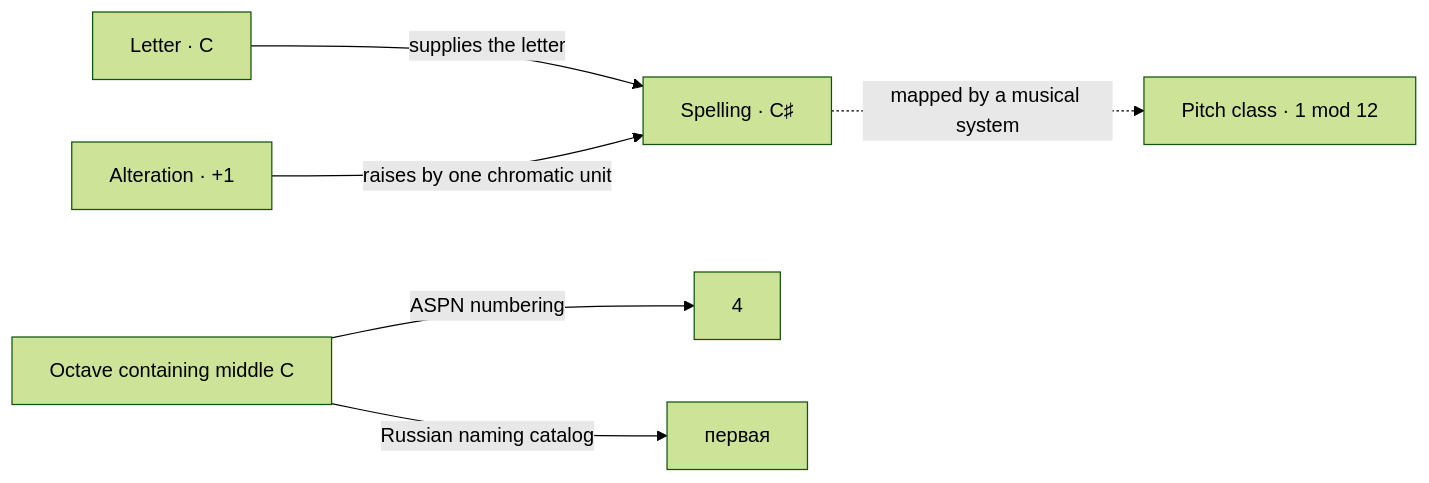
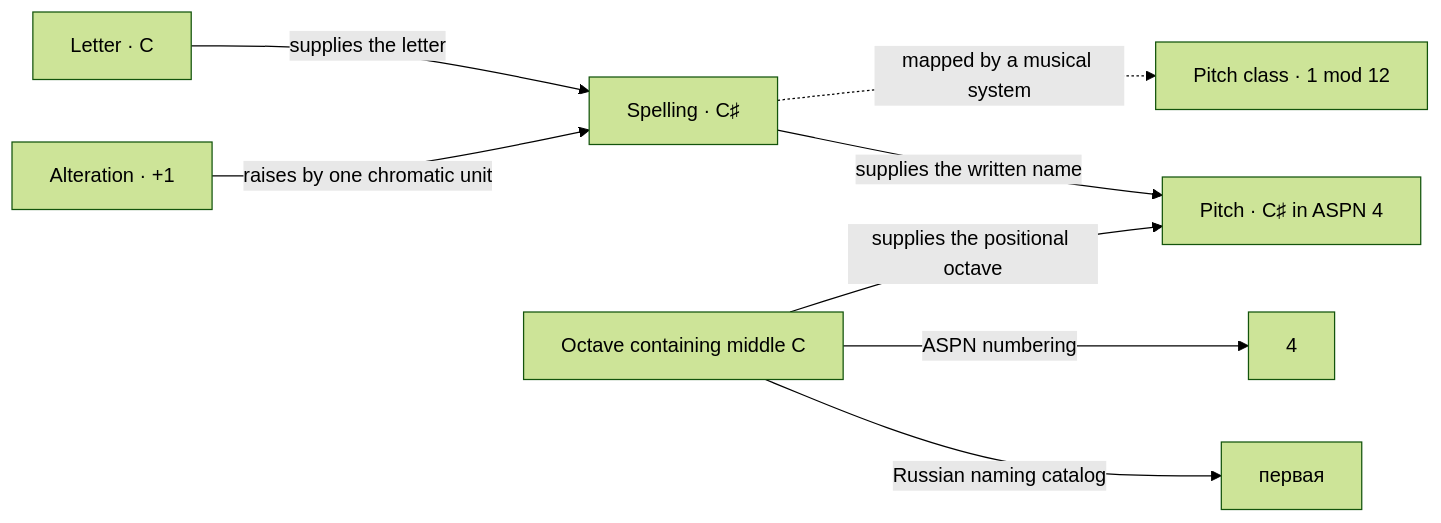
Before and after one commit to go-muse/musex: the first of 2 diagrams in README.md, drawn with Mermaid (forest theme). The commit also changed other lines of this file and 20 other files, not shown here.

````diff
--- a/README.md
+++ b/README.md
@@ -28,8 +28,10 @@
 ```mermaid
 flowchart LR
     L["Letter · C"] -->|supplies the letter| S["Spelling · C♯"]
     A["Alteration · +1"] -->|raises by one chromatic unit| S
     S -.->|mapped by a musical system| PC["Pitch class · 1 mod 12"]
     O["Octave containing middle C"] -->|ASPN numbering| N["4"]
     O -->|Russian naming catalog| W["первая"]
+    S -->|supplies the written name| P["Pitch · C♯ in ASPN 4"]
+    O -->|supplies the positional octave| P
 ```
````
